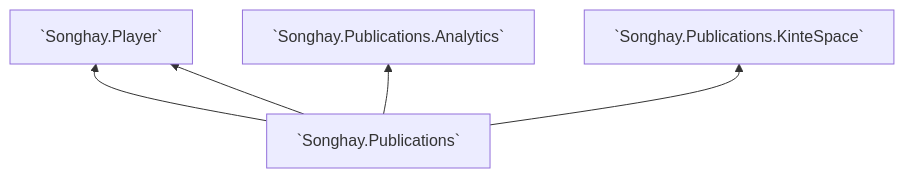
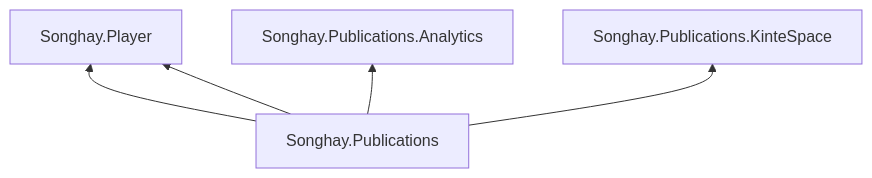
Before and after one commit to BryanWilhite/Songhay.Publications: the diagram in README.md, drawn with Mermaid.

Commit message:
📦🚀 8.0.3

````diff
--- a/README.md
+++ b/README.md
@@ -35,9 +35,9 @@
 ```mermaid
 graph BT
-    pubs[`Songhay.Publications`]
+    pubs[Songhay.Publications]
 
-    pubs-->1[`Songhay.Publications.DataAccess`]
-    pubs-->1[`Songhay.Player`]
-    pubs-->2[`Songhay.Publications.Analytics`]
-    pubs-->3[`Songhay.Publications.KinteSpace`]
+    pubs-->1[Songhay.Publications.DataAccess]
+    pubs-->1[Songhay.Player]
+    pubs-->2[Songhay.Publications.Analytics]
+    pubs-->3[Songhay.Publications.KinteSpace]
 ```
````
